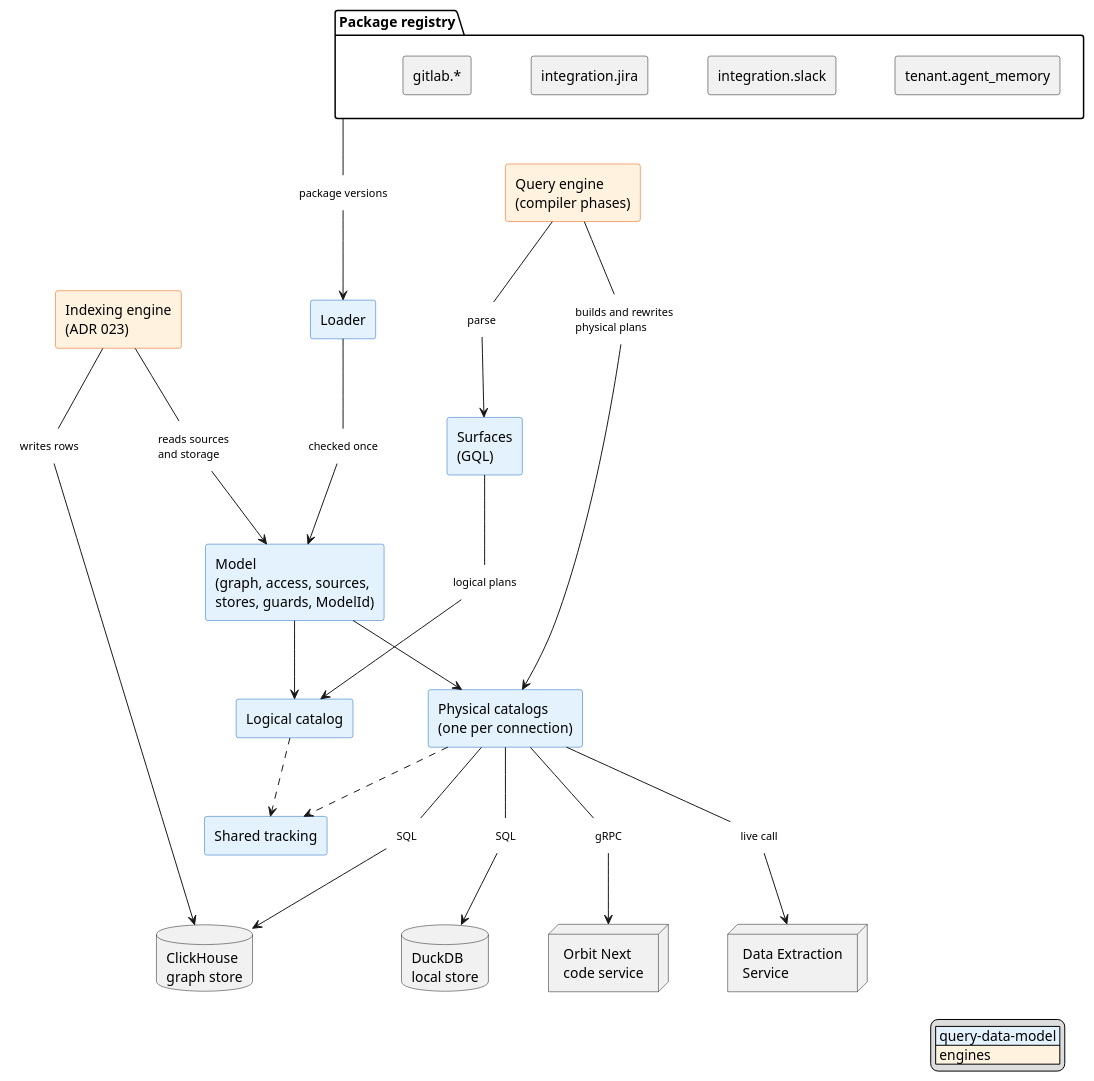
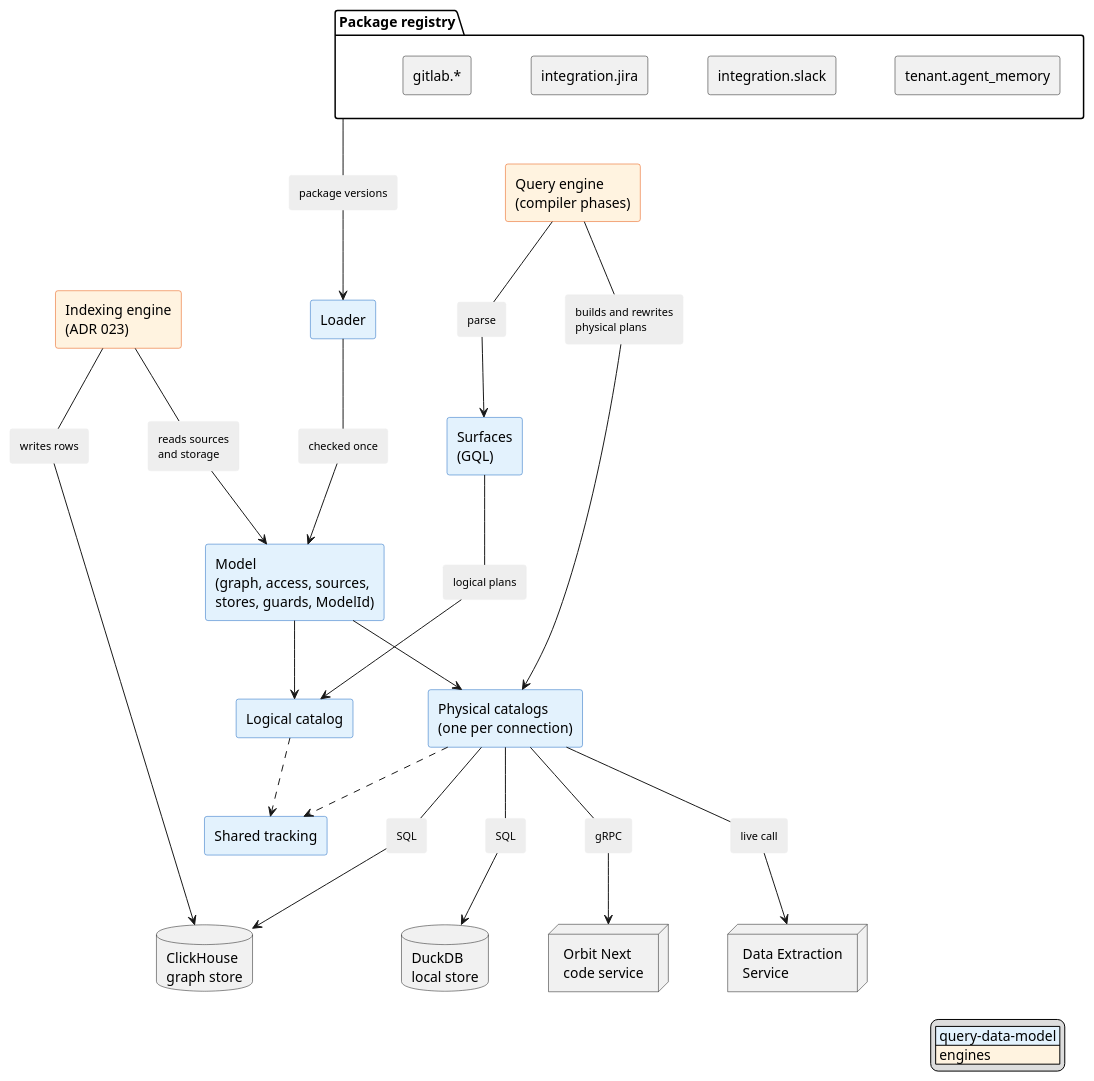
One commit to gitlabhq/orbit-knowledge-graph changed the first of 7 diagrams in docs/pages/engineering/adr/024_pluggable_data_model.md. Above: the diagram before and after it, drawn with PlantUML. The commit also changed other lines of this file, not shown here.

Commit message:
docs(adr): use light gray label boxes in ADR 024 diagrams

```diff
--- a/docs/pages/engineering/adr/024_pluggable_data_model.md
+++ b/docs/pages/engineering/adr/024_pluggable_data_model.md
@@ -72,8 +72,8 @@
   BorderColor<<engine>> #E65100
 }
 skinparam rectangle {
-  BackgroundColor<<label>> #FFFFFF
-  BorderColor<<label>> #FFFFFF
+  BackgroundColor<<label>> #EEEEEE
+  BorderColor<<label>> #EEEEEE
   FontSize<<label>> 11
 }
 hide stereotype
```
